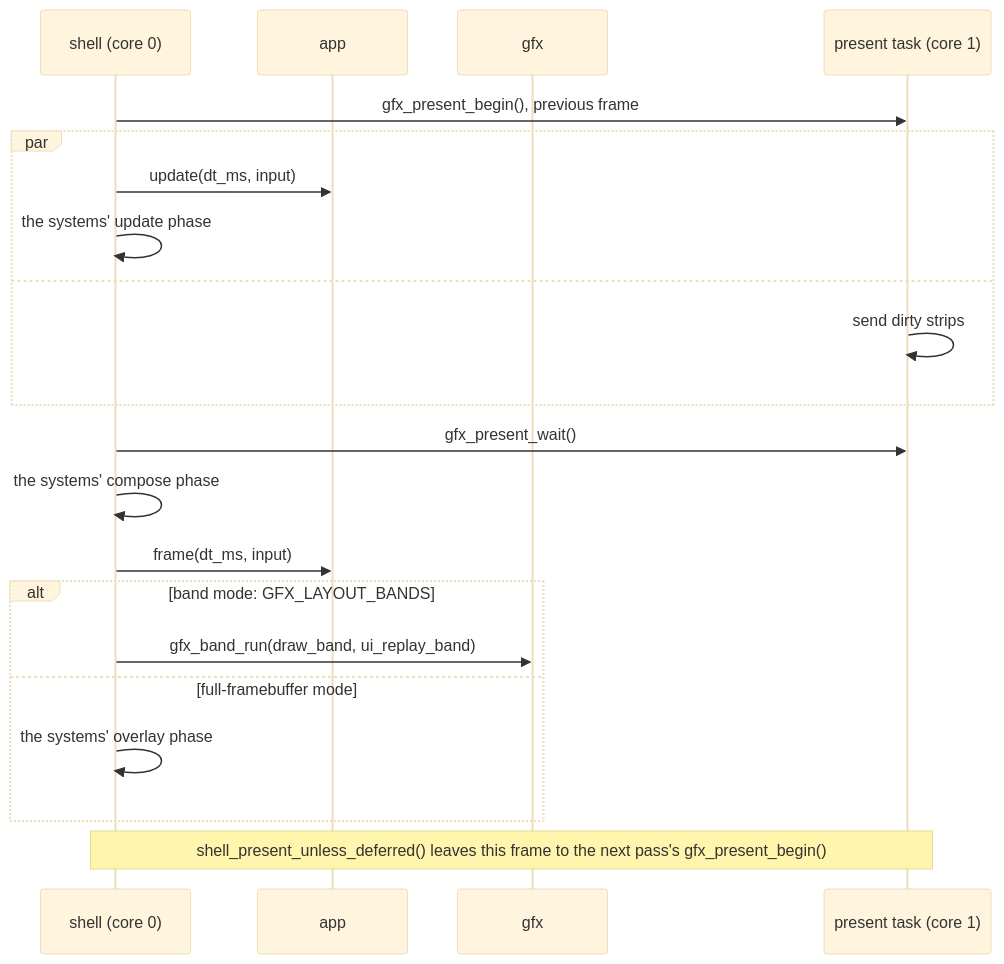
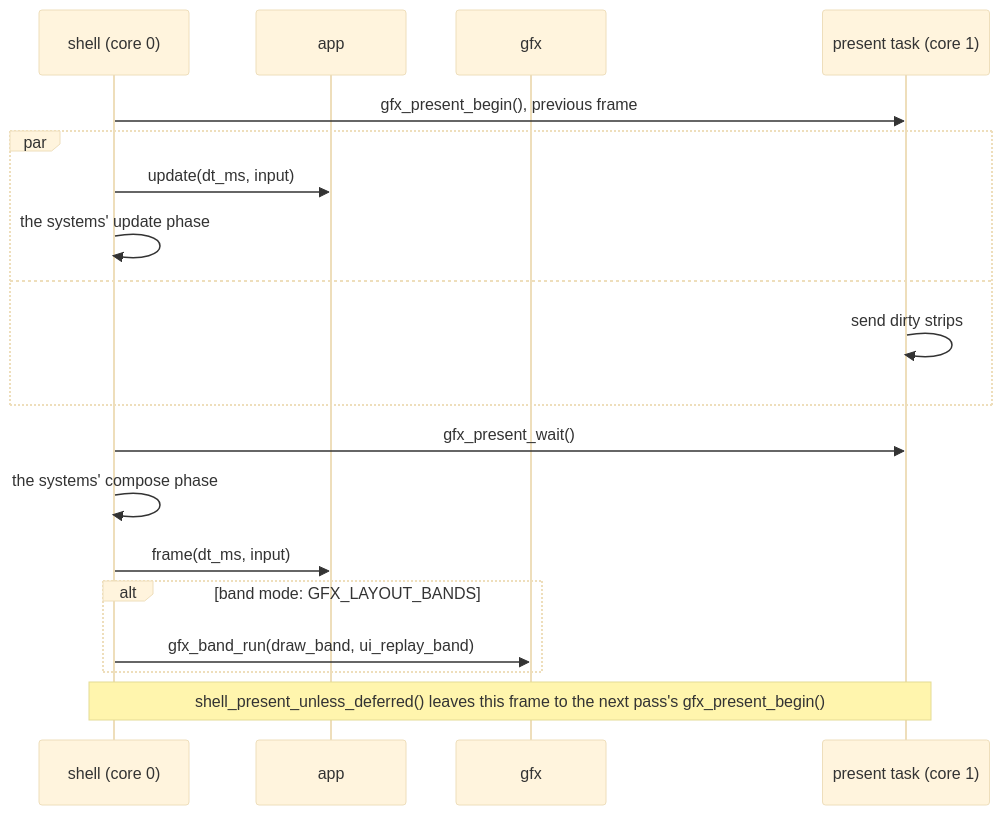
The third of 3 diagrams in docs/Building-an-App.md (jose-villegas/autana), drawn with Mermaid (base theme) before and after one commit. The commit also changed other lines of this file and 4 other files, not shown here.

````diff
--- a/docs/Building-an-App.md
+++ b/docs/Building-an-App.md
@@ -168,23 +167,21 @@
 ```mermaid
 sequenceDiagram
     participant S as shell (core 0)
     participant A as app
     participant G as gfx
     participant P as present task (core 1)
     S->>P: gfx_present_begin(), previous frame
     par
         S->>A: update(dt_ms, input)
         S->>S: the systems' update phase
     and
         P->>P: send dirty strips
     end
     S->>P: gfx_present_wait()
     S->>S: the systems' compose phase
     S->>A: frame(dt_ms, input)
     alt band mode: GFX_LAYOUT_BANDS
         S->>G: gfx_band_run(draw_band, ui_replay_band)
-    else full-framebuffer mode
-        S->>S: the systems' overlay phase
     end
     Note over S,P: shell_present_unless_deferred() leaves this frame to the next pass's gfx_present_begin()
 ```
````
